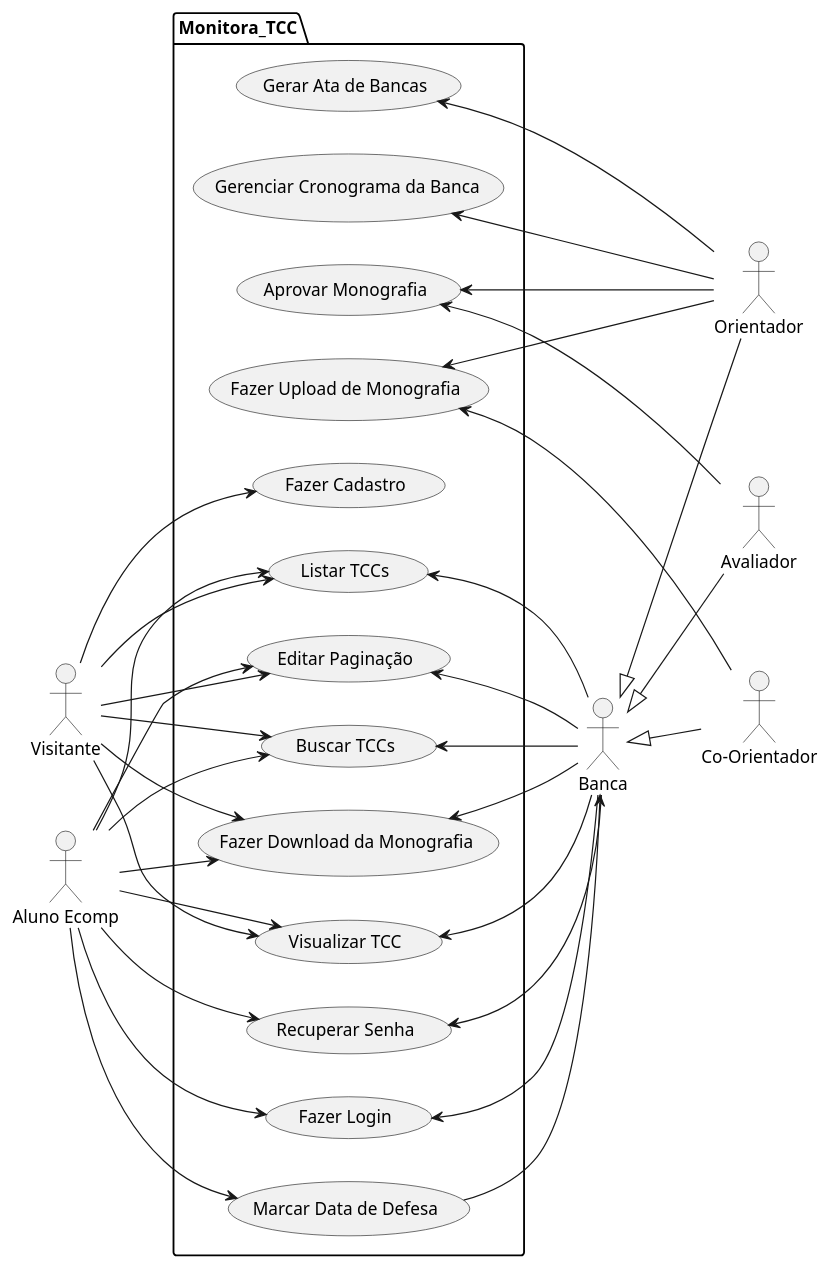
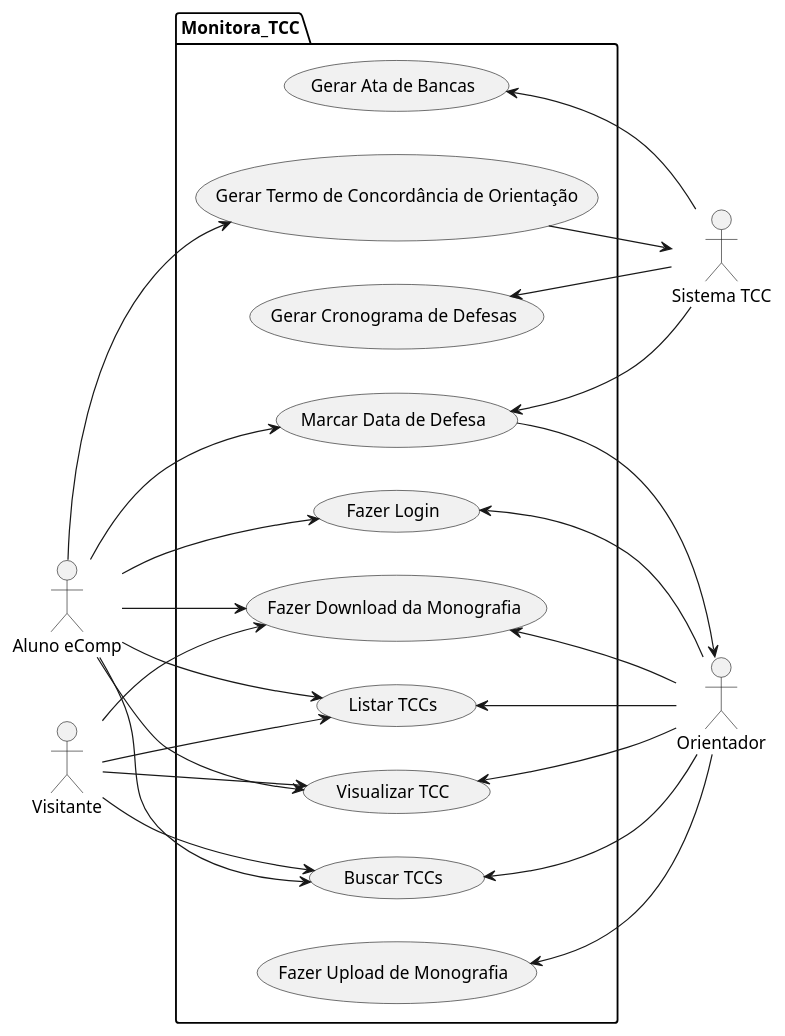
Before and after one commit to LMM-Eng-Software/Monitora-TCC: the diagram in casos.plantuml, drawn with PlantUML.

Commit message:
prototipo de casos de uso 1.0

```diff
--- a/casos.plantuml
+++ b/casos.plantuml
@@ -1,72 +1,54 @@
 @startuml casosdeuso
 left to right direction
 
-"Banca" as Banca
-"Aluno Ecomp" as Aluno
+"Aluno eComp" as Aluno
 "Visitante" as Visit
 
-"Orientador" as Orie
-"Co-Orientador" as Coor
-"Avaliador" as Aval
+"Sistema TCC" as Sist
+"Orientador" as Prof
 
-:Banca: <|-- Orie
-:Banca: <|-- Coor
-:Banca: <|-- Aval
 
 package Monitora_TCC {
 "Visualizar TCC" as (Visualizar)
 "Listar TCCs" as (Listar)
 "Buscar TCCs" as (Buscar)
 "Fazer Download da Monografia" as (Download)
 "Fazer Login" as (Login)
-"Editar Paginação" as (Paginar)
-"Recuperar Senha" as (Senha)
-"Fazer Cadastro" as (Cadastro)
 "Marcar Data de Defesa" as (Data)
 "Fazer Upload de Monografia" as (Upload)
 "Gerar Ata de Bancas" as (Atas)
-"Gerenciar Cronograma da Banca" as (Crono)
-"Aprovar Monografia" as (Aprovar)
+"Gerar Cronograma de Defesas" as (Crono)
+"Gerar Termo de Concordância de Orientação" as (Termo)
 }
+:Prof: -up-> (Upload)
+:Prof: -up-> (Buscar)
+:Prof: -up-> (Visualizar)
+:Prof: -up-> (Download)
 
-:Banca: -up-> (Listar)
-:Banca: -up-> (Visualizar)
-:Banca: -up-> (Download)
-:Banca: -up-> (Buscar)
-:Banca: -up-> (Paginar)
-:Banca: -up-> (Login)
-:Banca: -up-> (Senha)
-:Coor: -up-> (Upload)
-:Orie: -up-> (Upload)
-
-:Orie: -up-> (Atas)
-
+:Prof: -up-> (Listar)
 
 :Visit: --> (Visualizar)
 :Aluno: --> (Visualizar)
 
 :Visit: --> (Listar)
 :Aluno: --> (Listar)
 
 :Visit: --> (Download)
 :Aluno: --> (Download)
 
 :Visit: --> (Buscar)
 :Aluno: --> (Buscar)
 
-:Visit: --> (Paginar)
-:Aluno: --> (Paginar)
-
-:Visit: --> (Cadastro)
-
 :Aluno: --> (Login)
-:Aluno: --> (Senha)
+:Prof: -up-> (Login)
 
 :Aluno: --> (Data)
-(Data) --> :Banca:
+(Data) --> :Prof:
+:Sist: -up-> (Data)
 
-:Orie: -up-> (Crono)
+:Aluno: --> (Termo)
+(Termo) --> :Sist:
 
-:Aval: -up-> (Aprovar)
-:Orie: -up-> (Aprovar)
+:Sist: -up-> (Atas)
+:Sist: -up-> (Crono)
 @enduml
```
